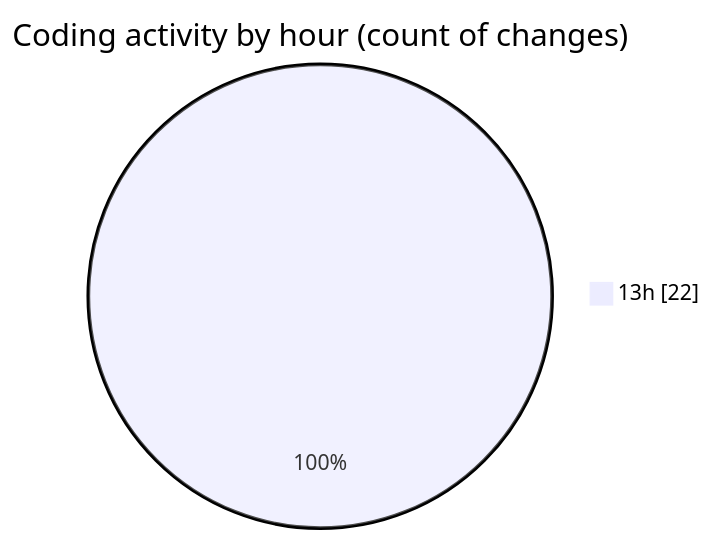
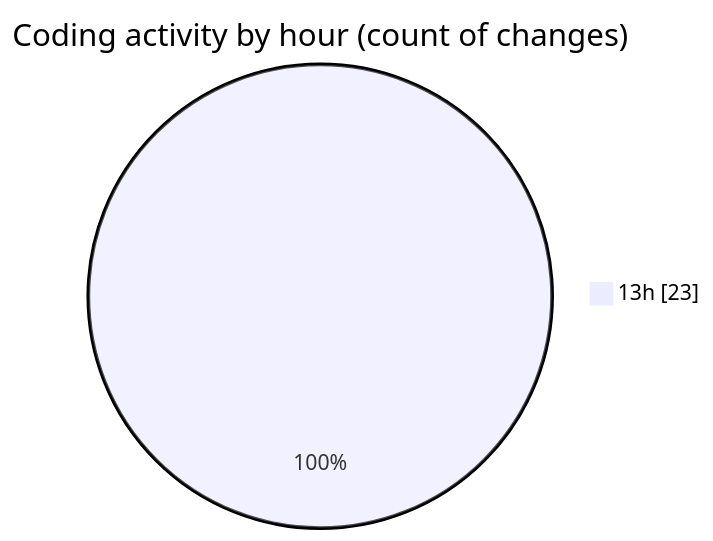
The second of 2 diagrams in 2025-05-28/ecodeli-1/README.md (CELIANVF/code-tracking), drawn with Mermaid before and after one commit. The commit also changed other lines of this file and 1 other file, not shown here.

````diff
--- a/2025-05-28/ecodeli-1/README.md
+++ b/2025-05-28/ecodeli-1/README.md
@@ -36,5 +36,5 @@
 ```mermaid
 pie showData
 title Coding activity by hour (count of changes)
-"13h" : 22
+"13h" : 23
 ```
````
